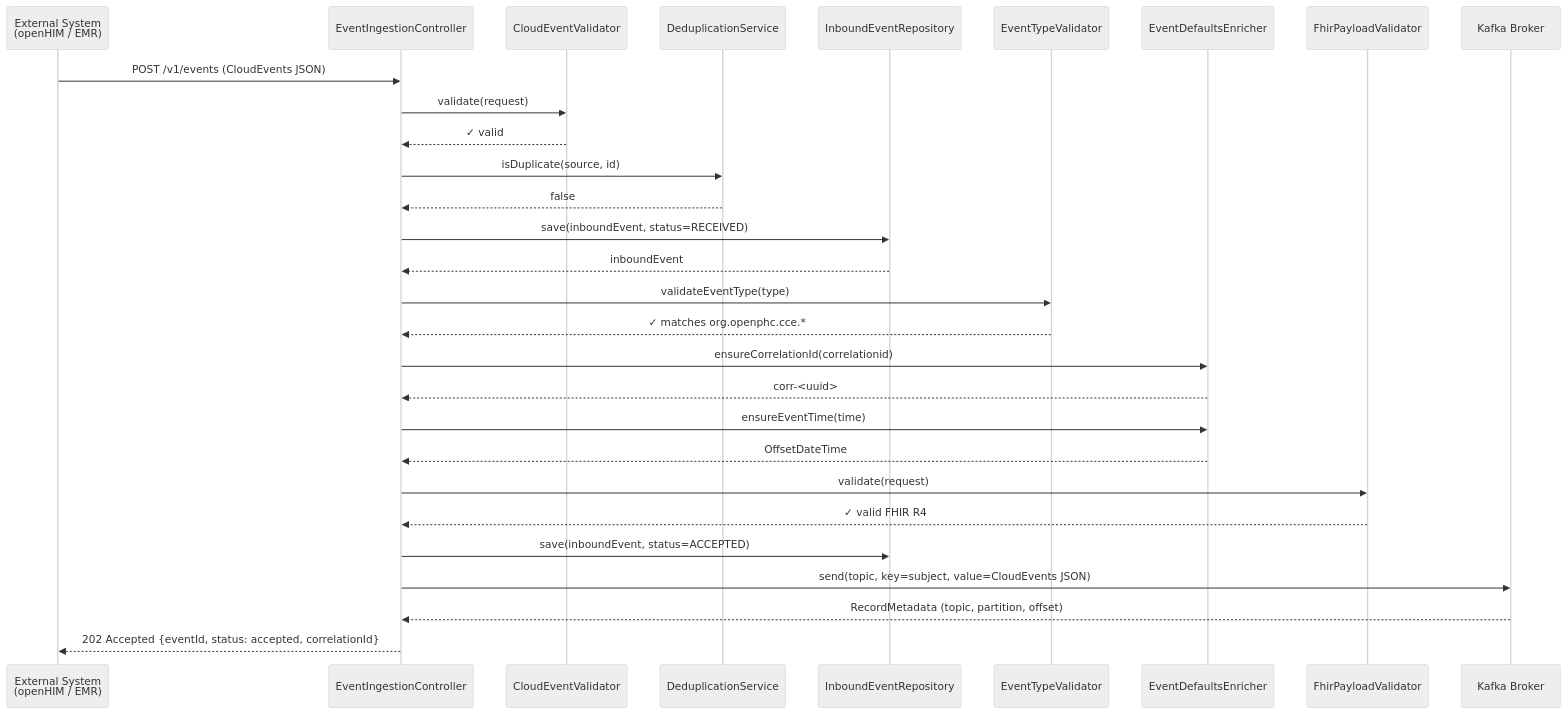
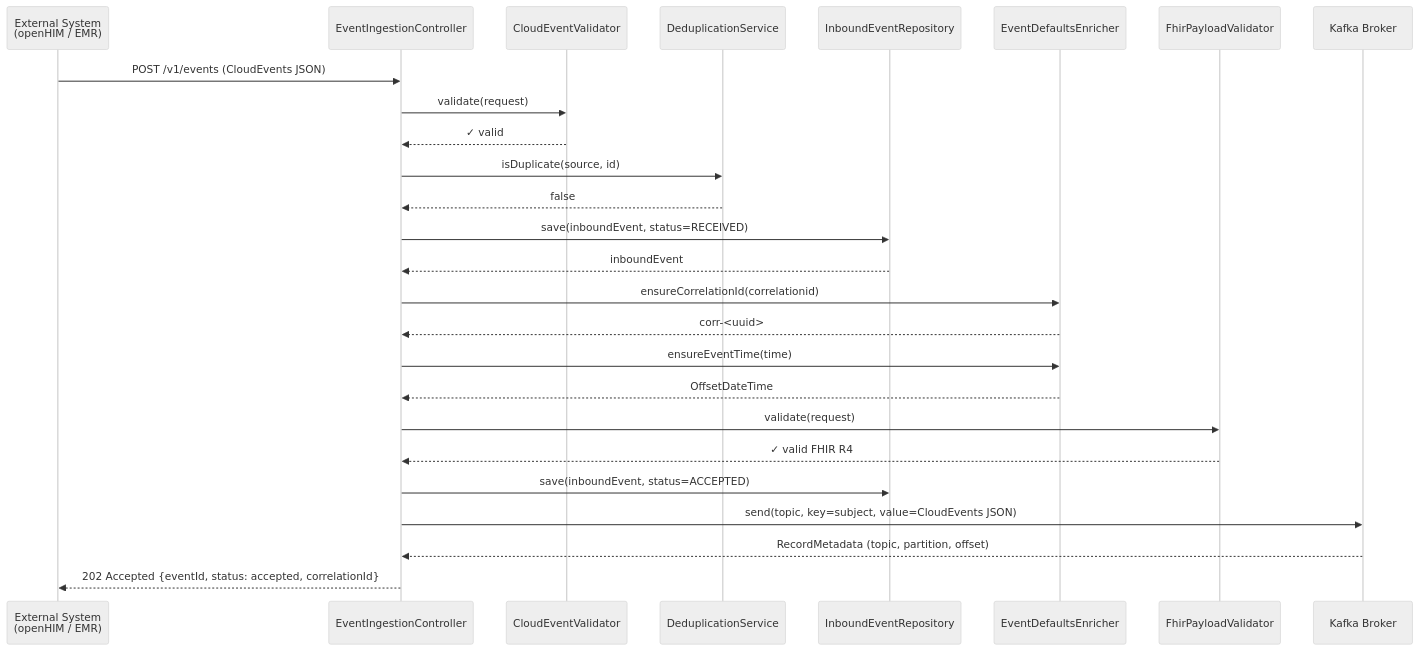
One commit to Jayaprakash8887/cce-collector-service changed the second of 7 diagrams in docs/flow-diagrams.md. Above: the diagram before and after it, drawn with Mermaid (neutral theme). The commit also changed other lines of this file and 5 other files, not shown here.

````diff
--- a/docs/flow-diagrams.md
+++ b/docs/flow-diagrams.md
@@ -59,39 +54,36 @@
 ```mermaid
 sequenceDiagram
     participant Client as External System<br/>(openHIM / EMR)
     participant Controller as EventIngestionController
     participant Validator as CloudEventValidator
     participant Dedup as DeduplicationService
     participant Repo as InboundEventRepository
-    participant TypeValidator as EventTypeValidator
     participant Defaults as EventDefaultsEnricher
     participant FHIR as FhirPayloadValidator
     participant Kafka as Kafka Broker
 
     Client->>Controller: POST /v1/events (CloudEvents JSON)
     Controller->>Validator: validate(request)
     Validator-->>Controller: ✓ valid
 
     Controller->>Dedup: isDuplicate(source, id)
     Dedup-->>Controller: false
 
     Controller->>Repo: save(inboundEvent, status=RECEIVED)
     Repo-->>Controller: inboundEvent
 
-    Controller->>TypeValidator: validateEventType(type)
-    TypeValidator-->>Controller: ✓ matches org.openphc.cce.*
     Controller->>Defaults: ensureCorrelationId(correlationid)
     Defaults-->>Controller: corr-<uuid>
     Controller->>Defaults: ensureEventTime(time)
     Defaults-->>Controller: OffsetDateTime
 
     Controller->>FHIR: validate(request)
     FHIR-->>Controller: ✓ valid FHIR R4
 
     Controller->>Repo: save(inboundEvent, status=ACCEPTED)
 
     Controller->>Kafka: send(topic, key=subject, value=CloudEvents JSON)
     Kafka-->>Controller: RecordMetadata (topic, partition, offset)
 
     Controller-->>Client: 202 Accepted {eventId, status: accepted, correlationId}
 ```
````
